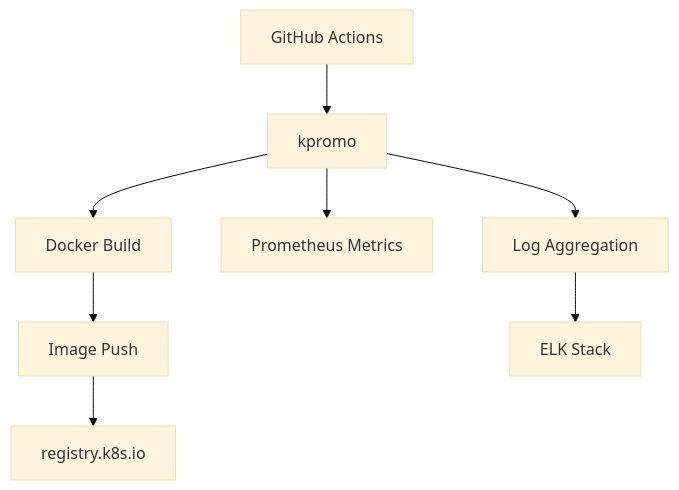
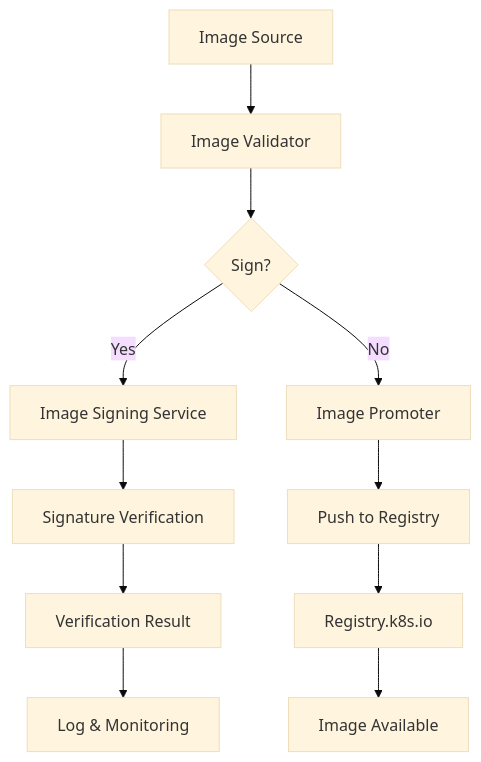
The diagram in content/posts/2026-03-17-the-invisible-rewrite-modernizing-the-kubernetes-image-promoter.md (ape902/laoguo.github.io), drawn with Mermaid (base theme) before and after one commit. The commit also changed other lines of this file, not shown here.

Commit message:
发布新文章：2026-03-17-the-invisible-rewrite-modernizing-the-kubernetes-image-promoter.md

````diff
--- a/content/posts/2026-03-17-the-invisible-rewrite-modernizing-the-kubernetes-image-promoter.md
+++ b/content/posts/2026-03-17-the-invisible-rewrite-modernizing-the-kubernetes-image-promoter.md
@@ -155,10 +184,13 @@
 ```mermaid
 graph TD
-    A[GitHub Actions] --> B[kpromo]
-    B --> C[Docker Build]
-    C --> D[Image Push]
-    D --> E[registry.k8s.io]
-    B --> F[Prometheus Metrics]
-    B --> G[Log Aggregation]
-    G --> H[ELK Stack]
+    A[Image Source] --> B[Image Validator]
+    B --> C{Sign?}
+    C -->|Yes| D[Image Signing Service]
+    C -->|No| E[Image Promoter]
+    D --> F[Signature Verification]
+    E --> G[Push to Registry]
+    F --> H[Verification Result]
+    G --> I[Registry.k8s.io]
+    H --> J[Log & Monitoring]
+    I --> K[Image Available]
 ```
````
